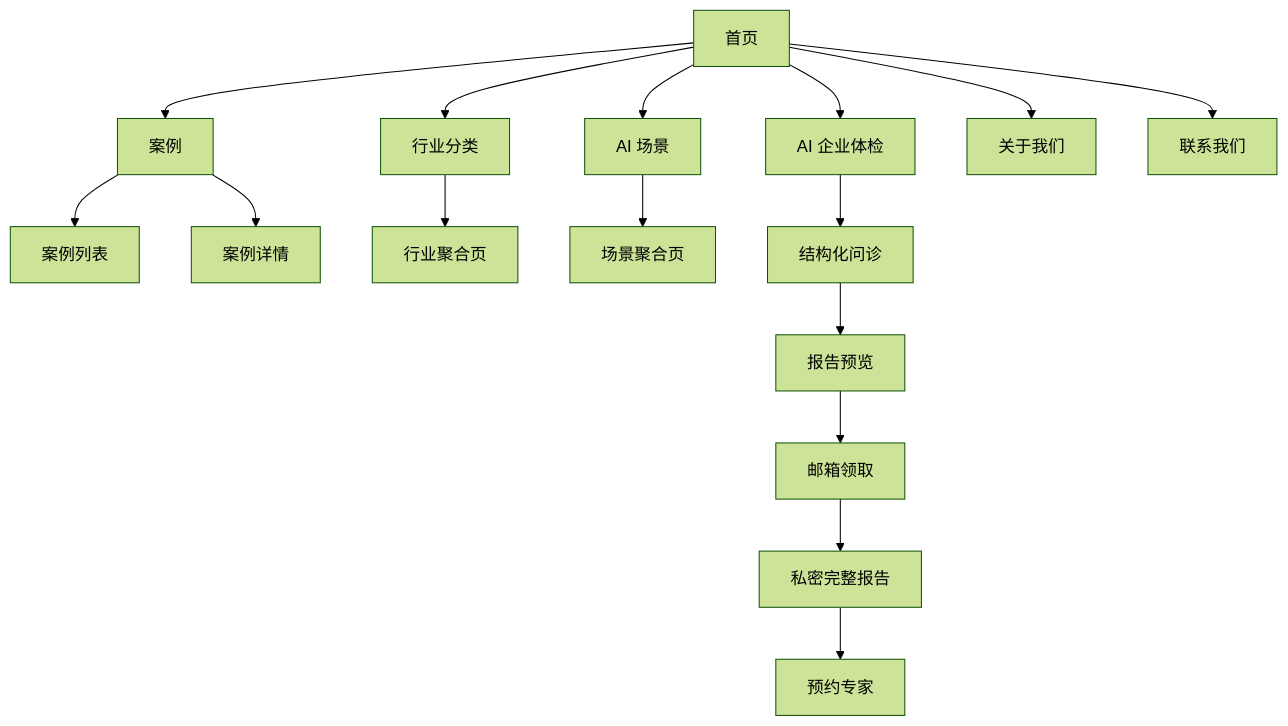
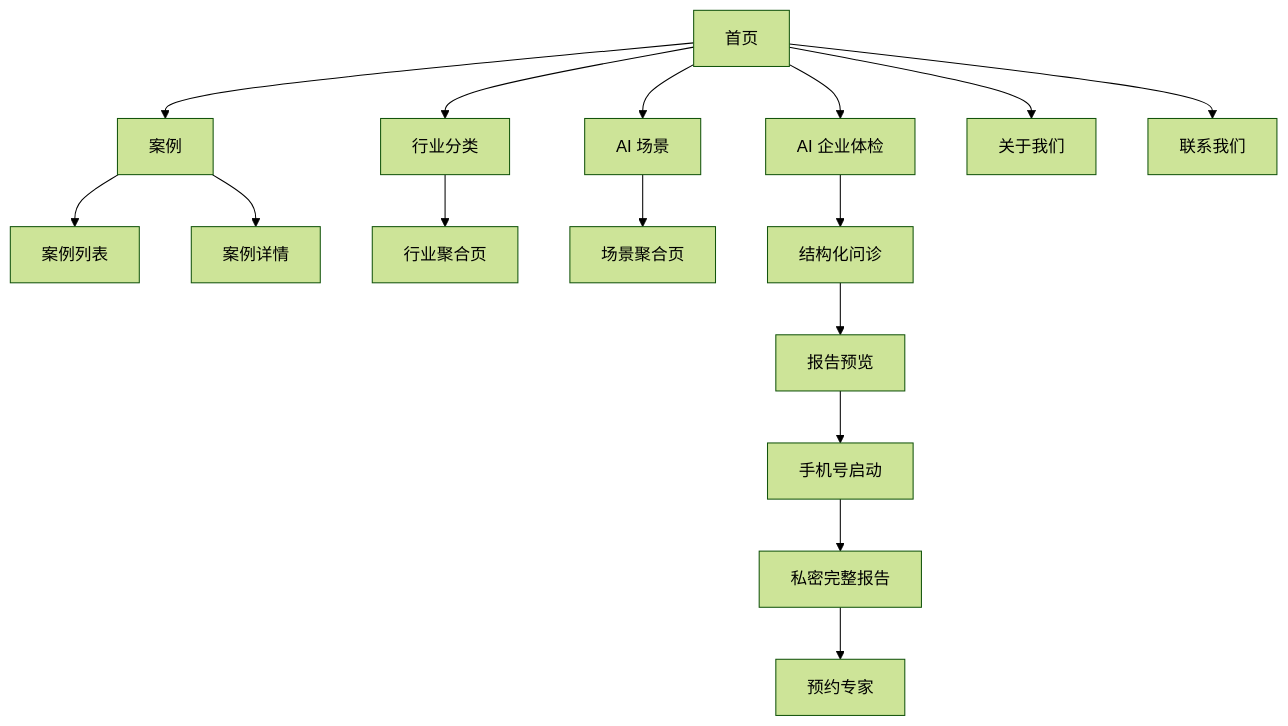
Before and after one commit to MrLing864/aianliku: the diagram in prd/01-产品总览.md, drawn with Mermaid (forest theme). The commit also changed other lines of this file and 652 other files, not shown here.

````diff
--- a/prd/01-产品总览.md
+++ b/prd/01-产品总览.md
@@ -116,18 +116,18 @@
 ```mermaid
 flowchart TD
     A[首页] --> B[案例]
     A --> C[行业分类]
     A --> D[AI 场景]
     A --> E[AI 企业体检]
     A --> F[关于我们]
     A --> G[联系我们]
     B --> B1[案例列表]
     B --> B2[案例详情]
     C --> C1[行业聚合页]
     D --> D1[场景聚合页]
     E --> E1[结构化问诊]
     E1 --> E2[报告预览]
-    E2 --> E3[邮箱领取]
+    E2 --> E3[手机号启动]
     E3 --> E4[私密完整报告]
     E4 --> E5[预约专家]
 ```
````
